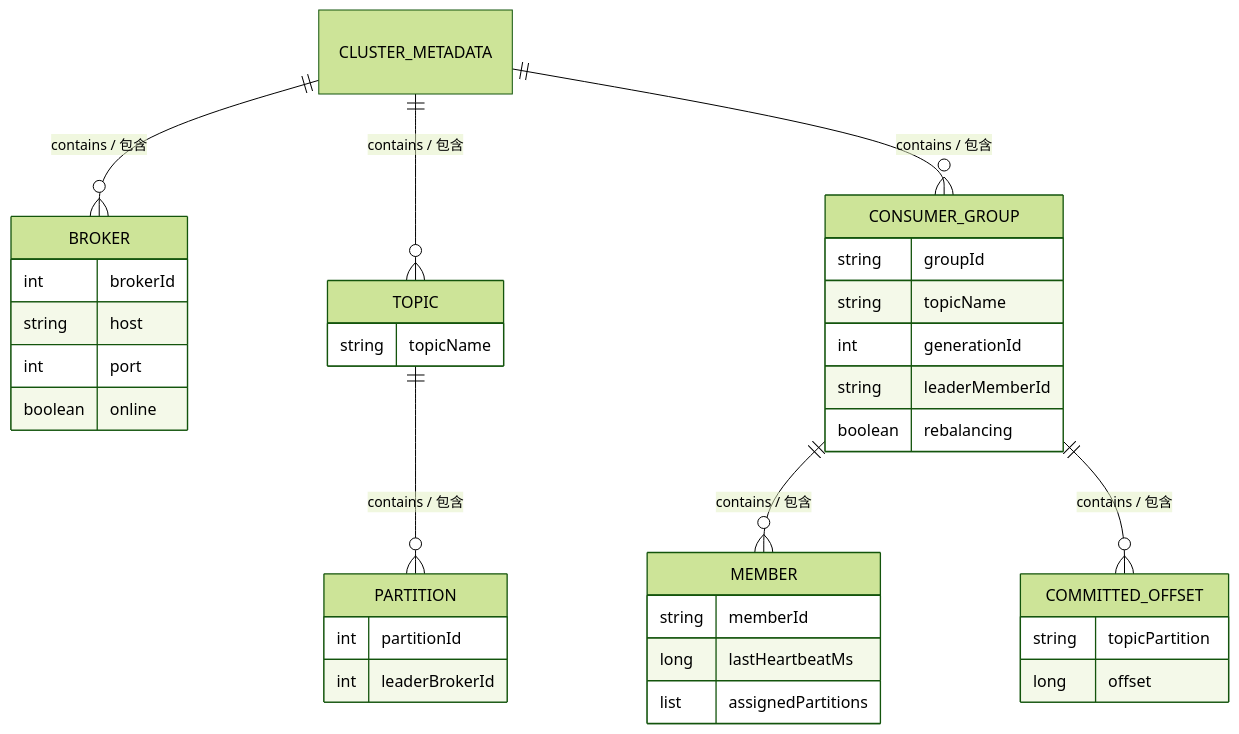
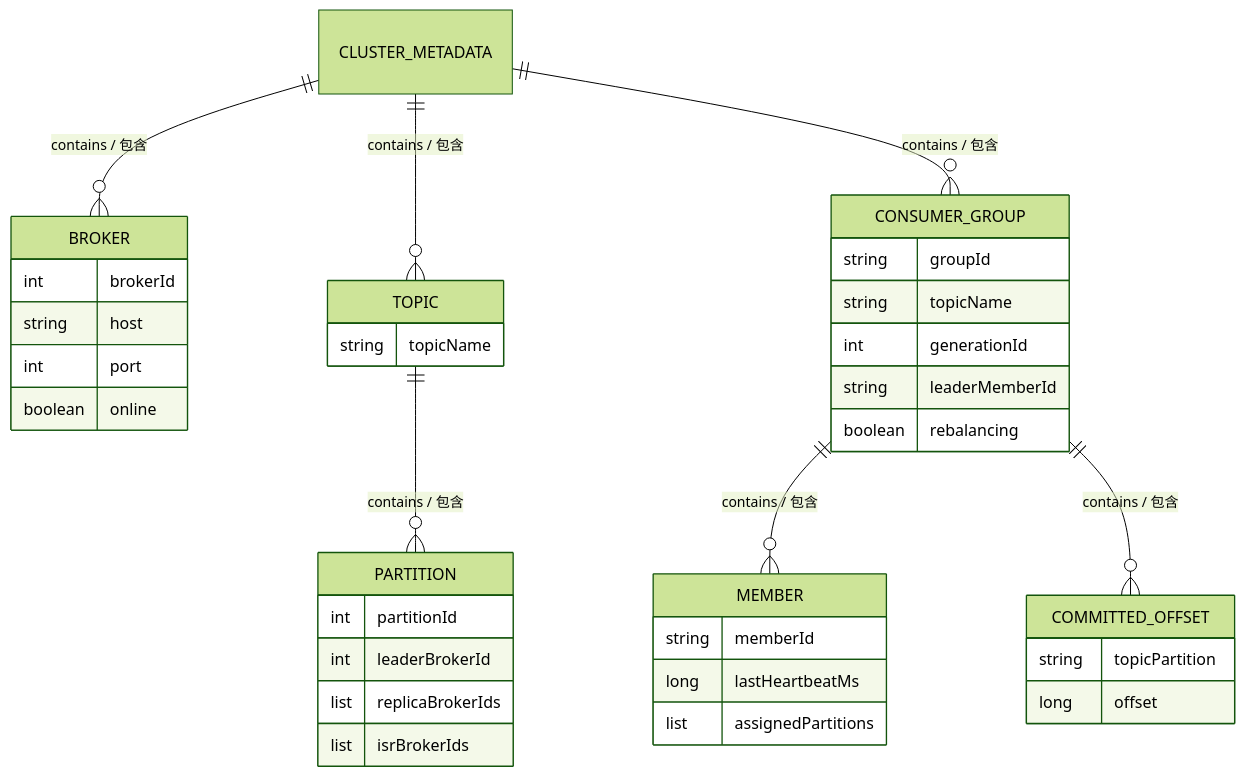
Before and after one commit to wxw121/miniMQ: the second of 2 diagrams in docs/design.md, drawn with Mermaid (forest theme). The commit also changed other lines of this file and 9 other files, not shown here.

````diff
--- a/docs/design.md
+++ b/docs/design.md
@@ -300,44 +302,46 @@
 ```mermaid
 erDiagram
     CLUSTER_METADATA ||--o{ BROKER : "contains / 包含"
     CLUSTER_METADATA ||--o{ TOPIC : "contains / 包含"
     TOPIC ||--o{ PARTITION : "contains / 包含"
     CLUSTER_METADATA ||--o{ CONSUMER_GROUP : "contains / 包含"
     CONSUMER_GROUP ||--o{ MEMBER : "contains / 包含"
     CONSUMER_GROUP ||--o{ COMMITTED_OFFSET : "contains / 包含"
 
     BROKER {
       int brokerId
       string host
       int port
       boolean online
     }
 
     TOPIC {
       string topicName
     }
 
     PARTITION {
       int partitionId
       int leaderBrokerId
+      list replicaBrokerIds
+      list isrBrokerIds
     }
 
     CONSUMER_GROUP {
       string groupId
       string topicName
       int generationId
       string leaderMemberId
       boolean rebalancing
     }
 
     MEMBER {
       string memberId
       long lastHeartbeatMs
       list assignedPartitions
     }
 
     COMMITTED_OFFSET {
       string topicPartition
       long offset
     }
 ```
````
